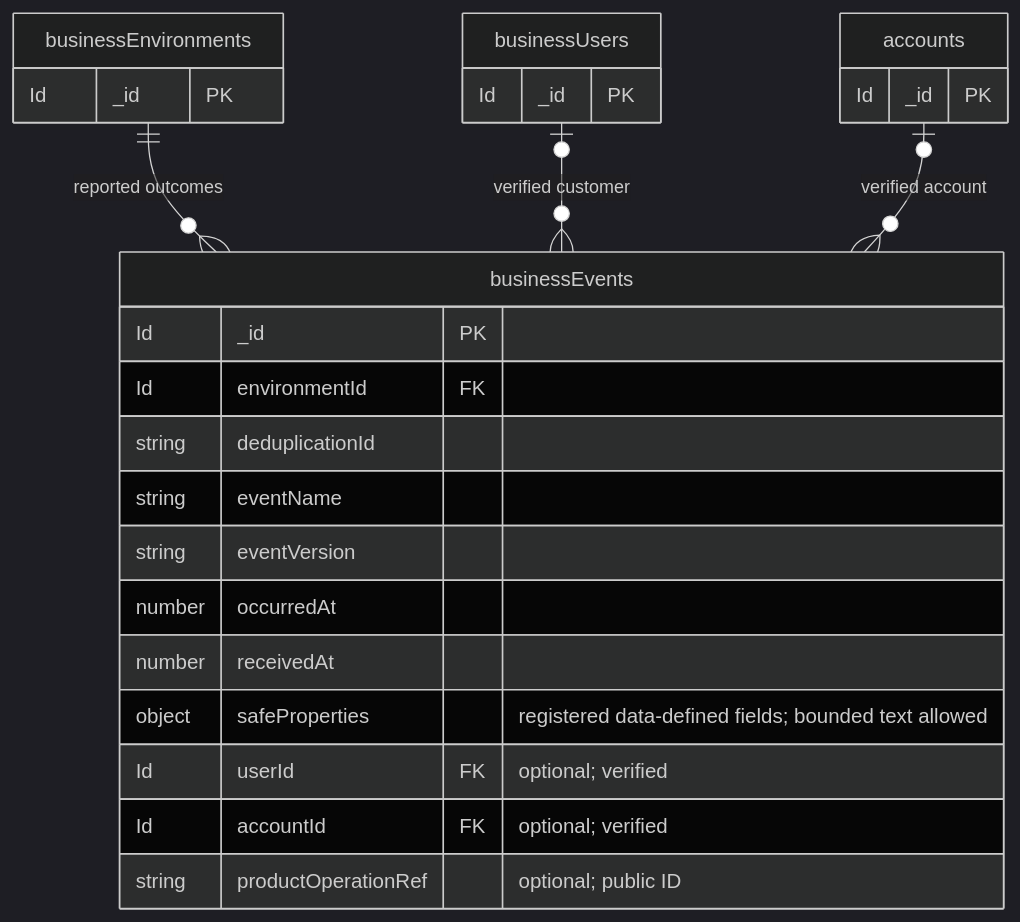
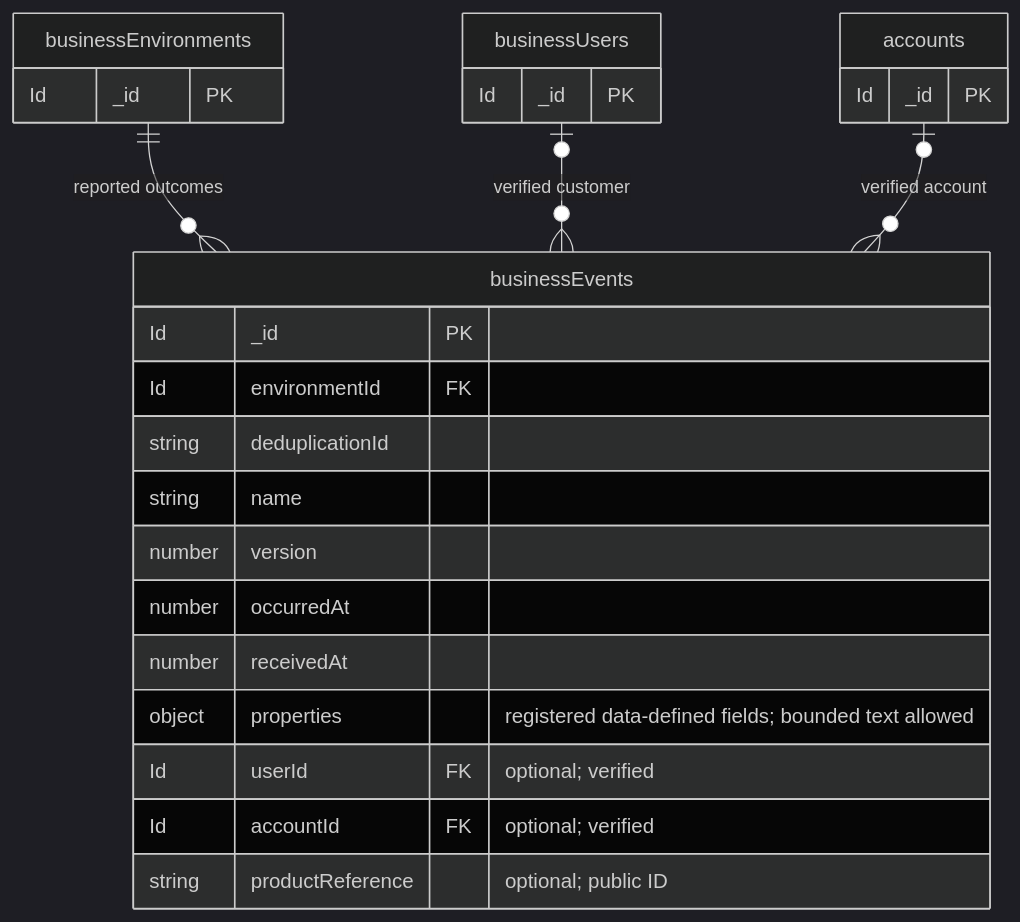
The third of 4 diagrams in docs/architecture/operator-work.md (kabytaa/bff), drawn with Mermaid (dark theme) before and after one commit. The commit also changed other lines of this file and 1510 other files, not shown here.

````diff
--- a/docs/architecture/operator-work.md
+++ b/docs/architecture/operator-work.md
@@ -192,29 +228,29 @@
 ```mermaid
 erDiagram
     direction TB
     businessEnvironments {
         Id _id PK
     }
     businessUsers {
         Id _id PK
     }
     accounts {
         Id _id PK
     }
     businessEvents {
         Id _id PK
         Id environmentId FK
         string deduplicationId
-        string eventName
-        string eventVersion
+        string name
+        number version
         number occurredAt
         number receivedAt
-        object safeProperties "registered data-defined fields; bounded text allowed"
+        object properties "registered data-defined fields; bounded text allowed"
         Id userId FK "optional; verified"
         Id accountId FK "optional; verified"
-        string productOperationRef "optional; public ID"
+        string productReference "optional; public ID"
     }
     businessEnvironments ||--o{ businessEvents : "reported outcomes"
     businessUsers o|--o{ businessEvents : "verified customer"
     accounts o|--o{ businessEvents : "verified account"
 ```
````
